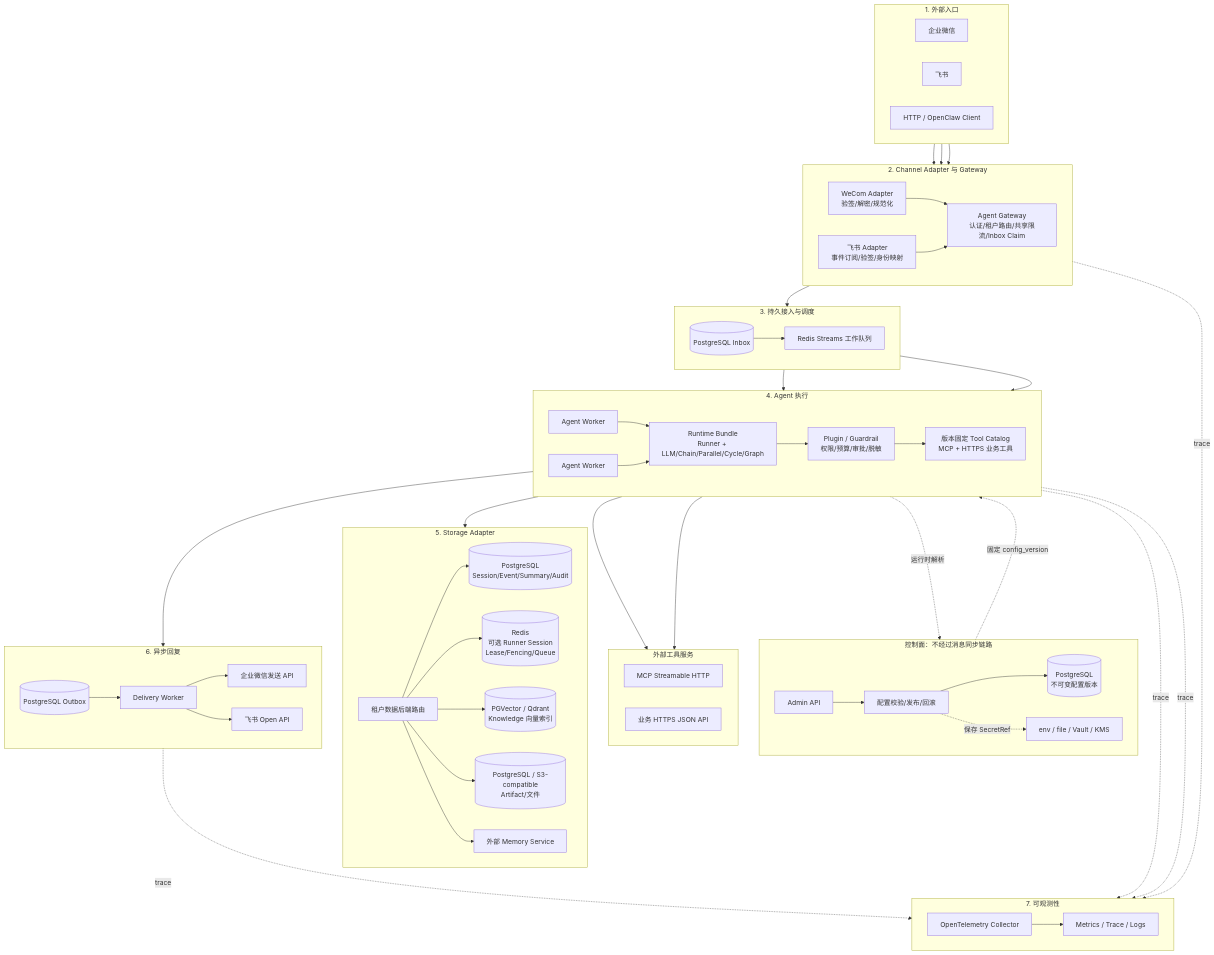
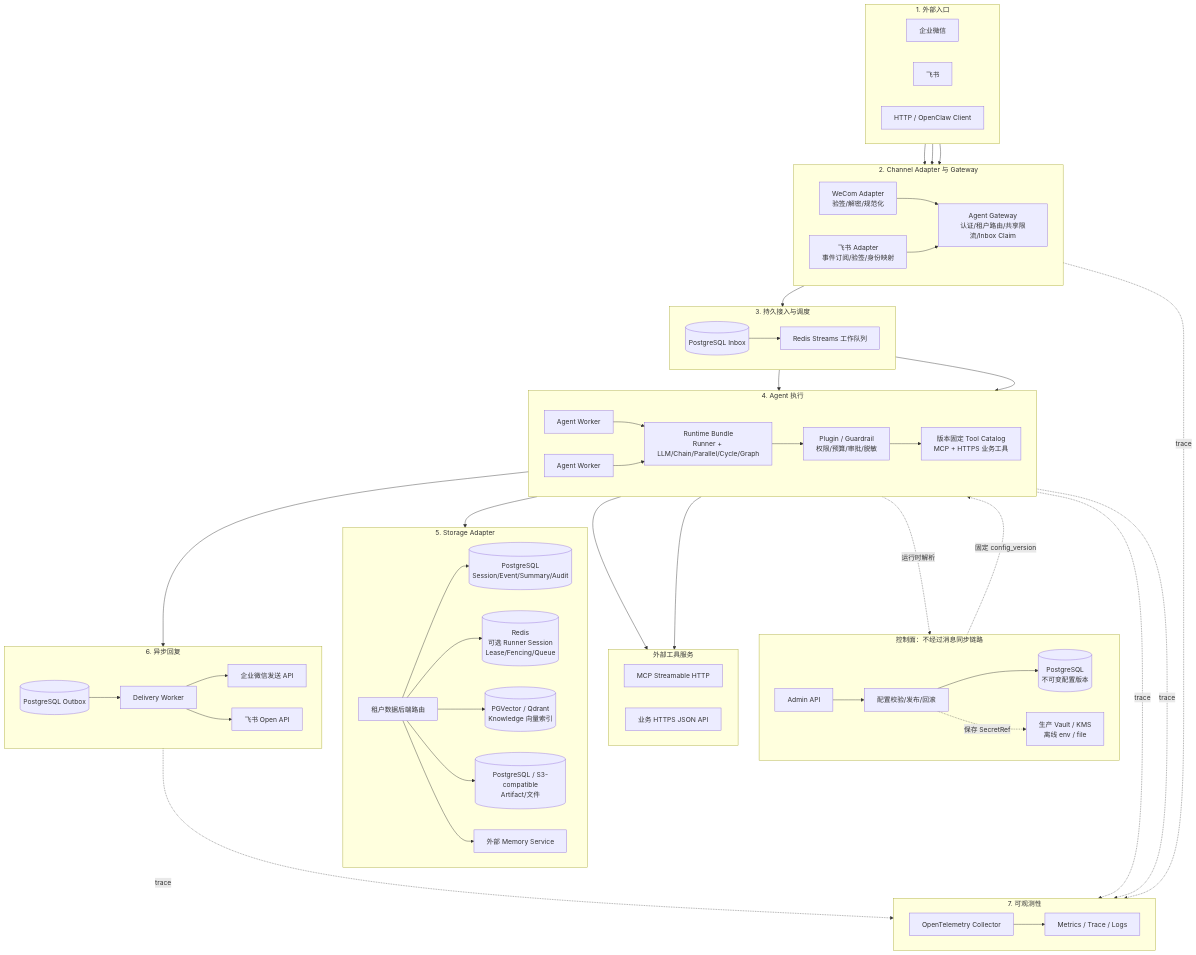
The first of 2 diagrams in docs/architecture.md (Skylm808/trpc-agent-service), drawn with Mermaid before and after one commit. The commit also changed other lines of this file and 17 other files, not shown here.

```diff
--- a/docs/architecture.md
+++ b/docs/architecture.md
@@ -33,7 +33,7 @@
         ADMIN[Admin API]
         CFG[配置校验/发布/回滚]
         CONFIG[(PostgreSQL<br/>不可变配置版本)]
-        SECRET[env / file / Vault / KMS]
+        SECRET[生产 Vault / KMS<br/>离线 env / file]
     end
 
     subgraph DURABLE["3. 持久接入与调度"]
```
